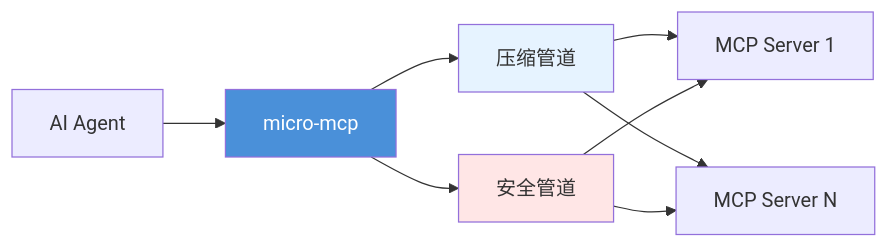
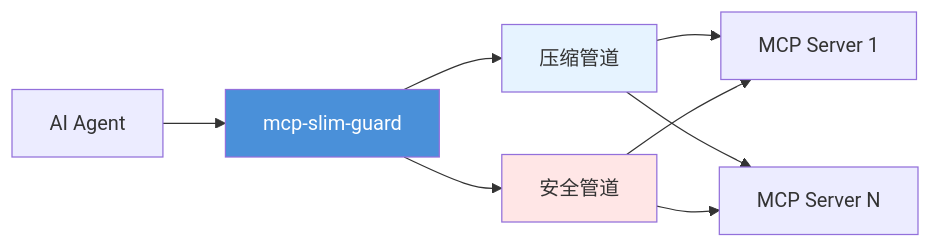
The first of 2 diagrams in README_CN.md (lennney/mcp-slim-guard), drawn with Mermaid before and after one commit. The commit also changed other lines of this file and 23 other files, not shown here.

First line of the commit message:
chore: finalize rename to mcp-slim-guard + pre-release polish

````diff
--- a/README_CN.md
+++ b/README_CN.md
@@ -38,13 +38,13 @@
 ```mermaid
 graph LR
-    A[AI Agent] --> B[micro-mcp]
+    A[AI Agent] --> B[mcp-slim-guard]
     B --> C[压缩管道]
     B --> D[安全管道]
     C --> E[MCP Server 1]
     C --> F[MCP Server N]
     D --> E
     D --> F
     style B fill:#4a90d9,color:#fff
     style C fill:#e6f3ff
     style D fill:#ffe6e6
 ```
````
